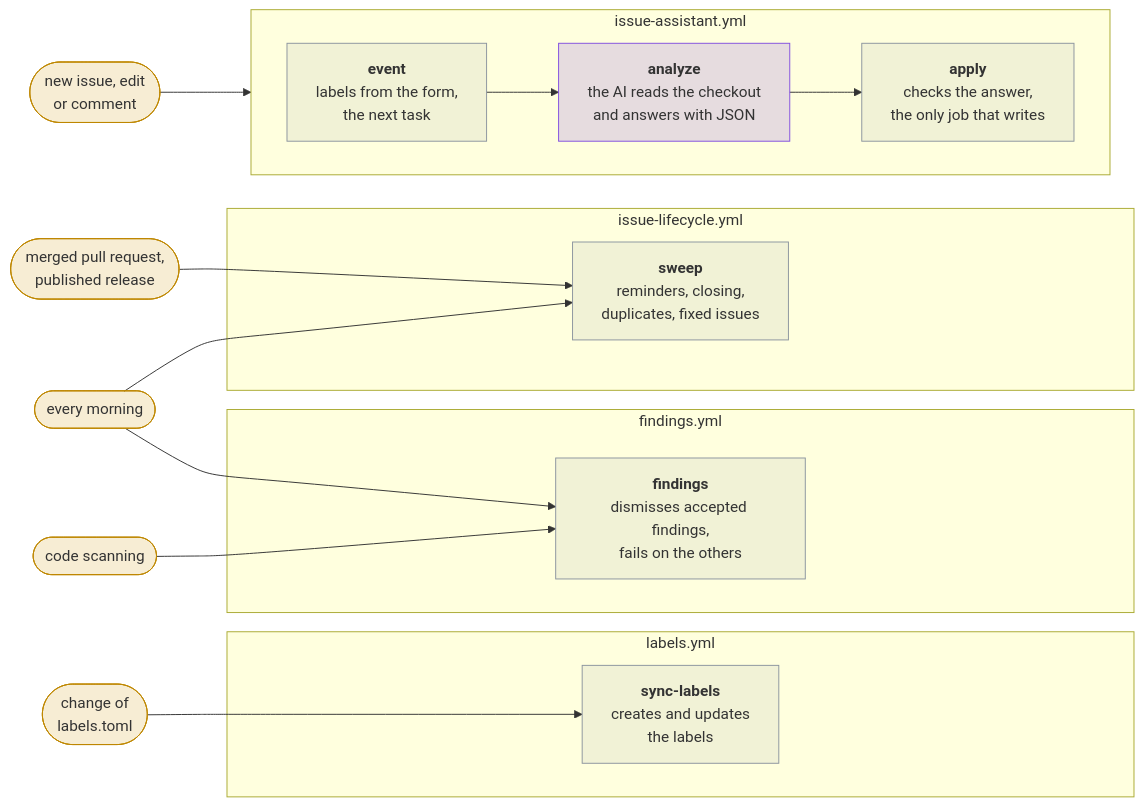
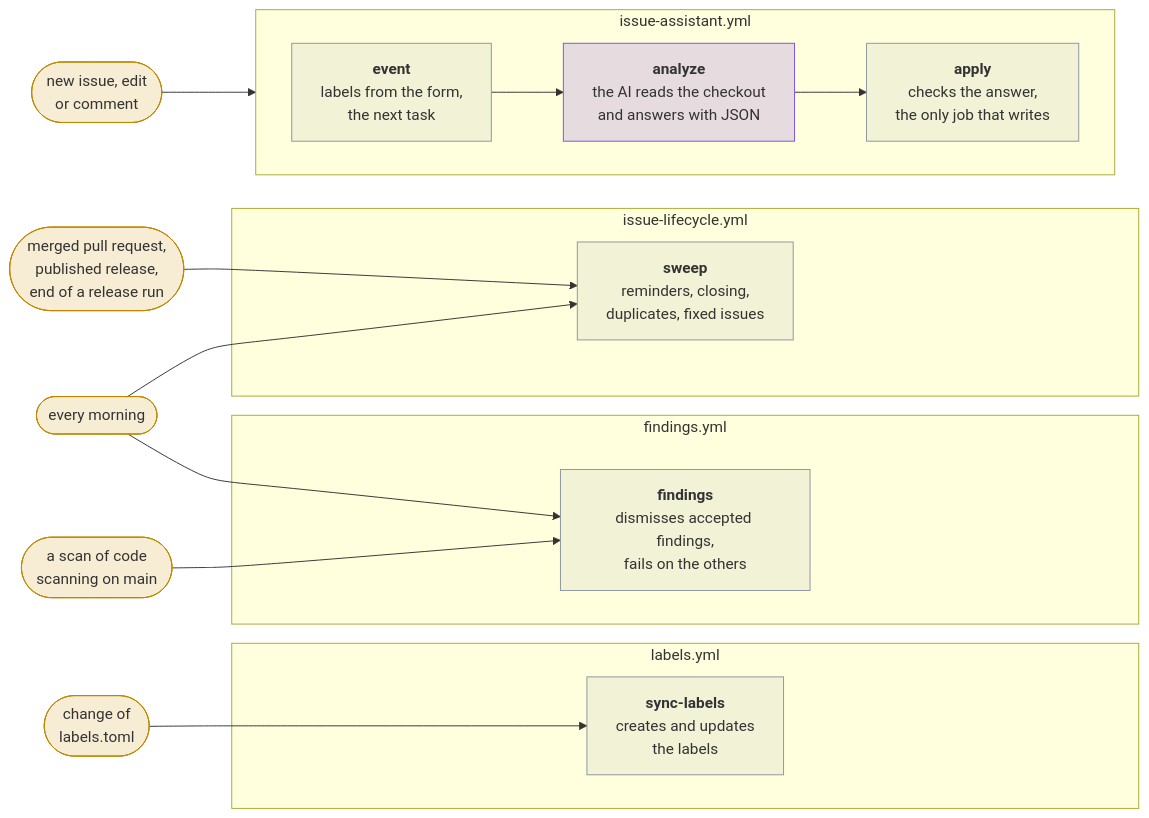
Before and after one commit to Dennis-Otto/issue-assistant: the first of 4 diagrams in README.md, drawn with Mermaid. The commit also changed other lines of this file and 12 other files, not shown here.

First line of the commit message:
fix: queue issue events, skip sweeps after scheduled Release runs, and harden the template workflows (#59)

````diff
--- a/README.md
+++ b/README.md
@@ -62,29 +62,31 @@
 ```mermaid
 flowchart LR
+  accTitle: The four workflows of a repository and what starts them
+  accDescr: A change of labels.toml starts sync-labels in labels.yml. A scan of code scanning on main and every morning start findings in findings.yml. Every morning, a merged pull request, a published release and the end of a release run that no schedule started start sweep in issue-lifecycle.yml. A new issue, an edit or a comment starts issue-assistant.yml, where event chooses the next task, analyze lets the AI read the checkout and answer with JSON, and apply checks the answer and is the only job that writes.
   changed(["change of<br/>labels.toml"]) --> sync
   subgraph labelling ["labels.yml"]
     sync["<b>sync-labels</b><br/>creates and updates<br/>the labels"]
   end
-  scanned(["code scanning"]) --> findings
+  scanned(["a scan of code<br/>scanning on main"]) --> findings
   subgraph scanning ["findings.yml"]
     findings["<b>findings</b><br/>dismisses accepted findings,<br/>fails on the others"]
   end
   daily(["every morning"]) --> findings
   daily --> sweep
-  shipped(["merged pull request,<br/>published release"]) --> sweep
+  shipped(["merged pull request,<br/>published release,<br/>end of a release run"]) --> sweep
   subgraph lifecycle ["issue-lifecycle.yml"]
     sweep["<b>sweep</b><br/>reminders, closing,<br/>duplicates, fixed issues"]
   end
   opened(["new issue, edit<br/>or comment"]) --> event
   subgraph assistant ["issue-assistant.yml"]
     direction LR
     event["<b>event</b><br/>labels from the form,<br/>the next task"] --> analyze["<b>analyze</b><br/>the AI reads the checkout<br/>and answers with JSON"]
     analyze --> apply["<b>apply</b><br/>checks the answer,<br/>the only job that writes"]
   end
   classDef ai fill:#8250df33,stroke:#8250df
   classDef job fill:#8c959f1f,stroke:#8c959f
   classDef trigger fill:#d4a72c33,stroke:#bf8700
   class analyze ai
   class event,apply,sweep,sync,findings job
   class opened,daily,shipped,changed,scanned trigger
 ```
````
